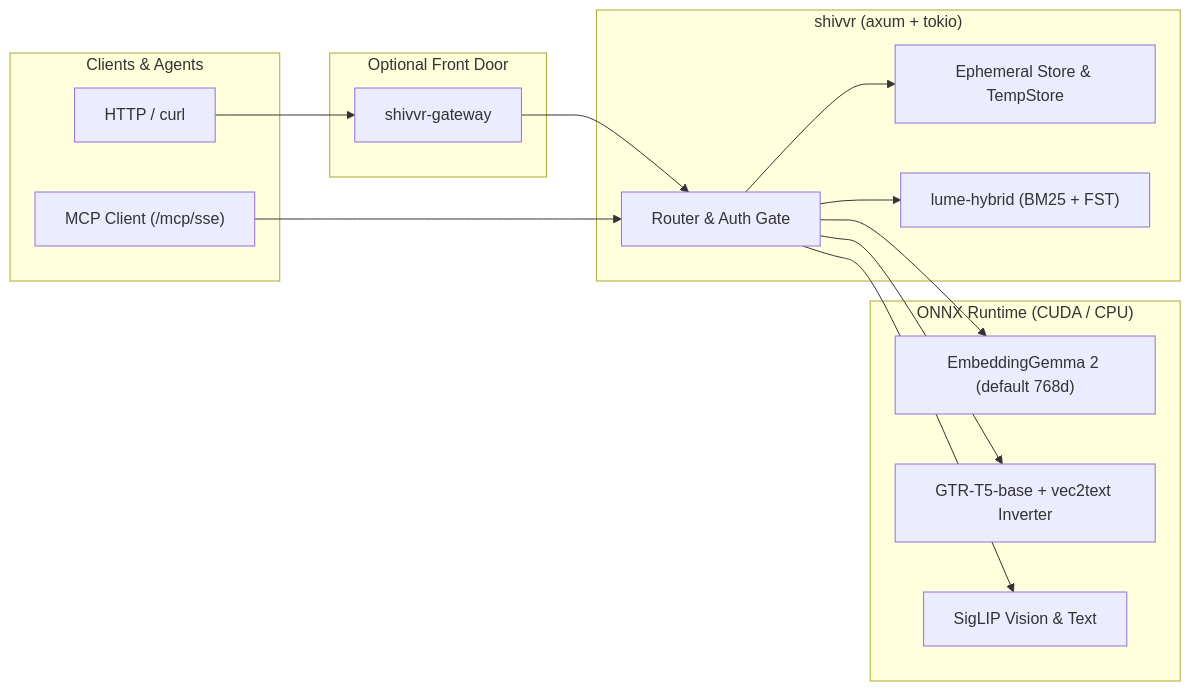
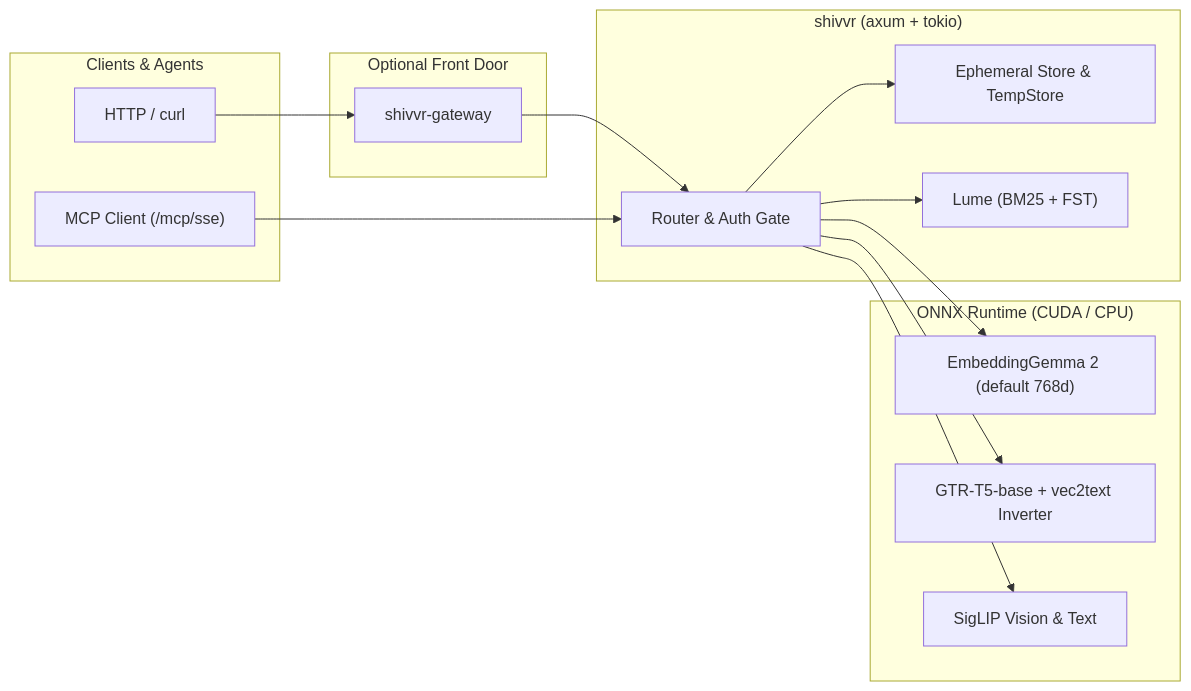
The diagram in README.md (DeepBlueDynamics/shivvr), drawn with Mermaid before and after one commit. The commit also changed other lines of this file and 16 other files, not shown here.

First line of the commit message:
build: depend on lume v0.16.0 instead of the vendored lume-hybrid snapshot

````diff
--- a/README.md
+++ b/README.md
@@ -120,24 +120,24 @@
 ```mermaid
 graph LR
   subgraph Clients["Clients & Agents"]
     HTTP["HTTP / curl"]
     MCP["MCP Client (/mcp/sse)"]
   end
   subgraph FrontDoor["Optional Front Door"]
     GW["shivvr-gateway"]
   end
   subgraph Core["shivvr (axum + tokio)"]
     API["Router & Auth Gate"]
     Store["Ephemeral Store & TempStore"]
-    Hybrid["lume-hybrid (BM25 + FST)"]
+    Hybrid["Lume (BM25 + FST)"]
   end
   subgraph Models["ONNX Runtime (CUDA / CPU)"]
     Gemma["EmbeddingGemma 2 (default 768d)"]
     GTR["GTR-T5-base + vec2text Inverter"]
     SigLIP["SigLIP Vision & Text"]
   end
   HTTP --> GW --> API
   MCP --> API
   API --> Store & Hybrid
   API --> Gemma & GTR & SigLIP
 ```
````
